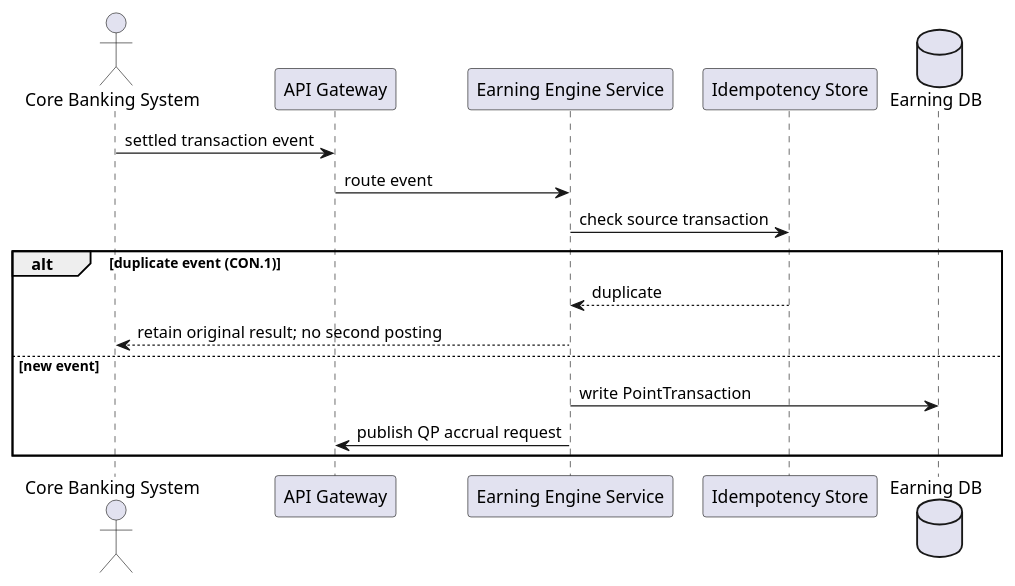
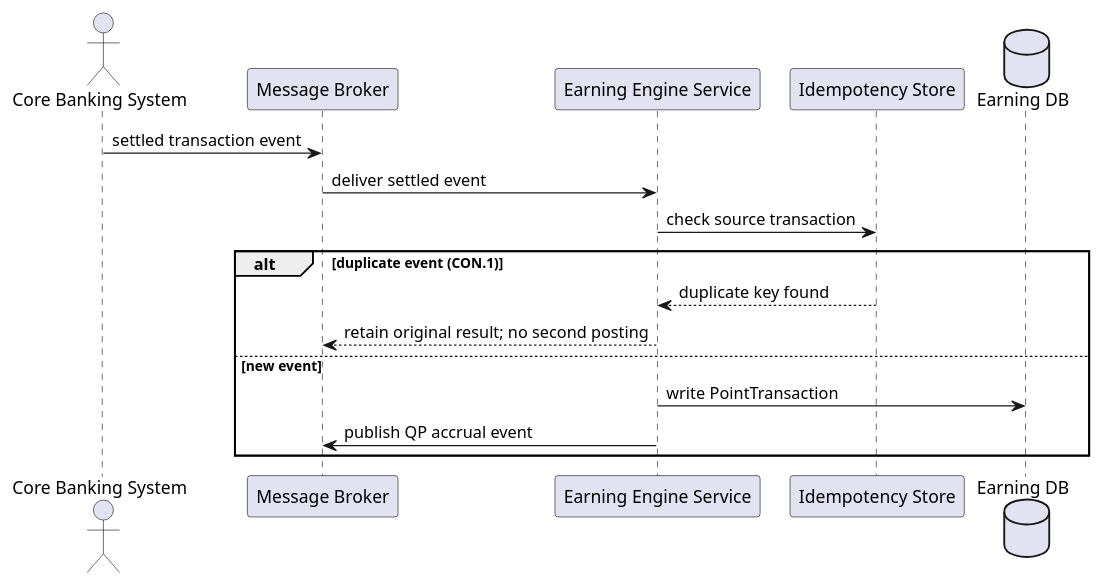
The first of 6 diagrams in lab-10-uml-after.md (quangvtuet/loyalty_system_docs), drawn with PlantUML before and after one commit. The commit also changed other lines of this file and 3 other files, not shown here.

````diff
--- a/lab-10-uml-after.md
+++ b/lab-10-uml-after.md
@@ -30,19 +42,19 @@
 ```plantuml
 @startuml
 actor "Core Banking System" as Core
-participant "API Gateway" as Gateway
+participant "Message Broker" as Broker
 participant "Earning Engine Service" as Earning
-participant "Idempotency Store" as Store
-database "Earning DB" as DB
-Core -> Gateway: settled transaction event
-Gateway -> Earning: route event
-Earning -> Store: check source transaction
+participant "Idempotency Store" as Idempotency
+database "Earning DB" as EarningDB
+Core -> Broker : settled transaction event
+Broker -> Earning : deliver settled event
+Earning -> Idempotency : check source transaction
 alt duplicate event (CON.1)
-  Store --> Earning: duplicate
-  Earning --> Core: retain original result; no second posting
+  Idempotency --> Earning : duplicate key found
+  Earning --> Broker : retain original result; no second posting
 else new event
-  Earning -> DB: write PointTransaction
-  Earning -> Gateway: publish QP accrual request
+  Earning -> EarningDB : write PointTransaction
+  Earning -> Broker : publish QP accrual event
 end
 @enduml
 ```
````
